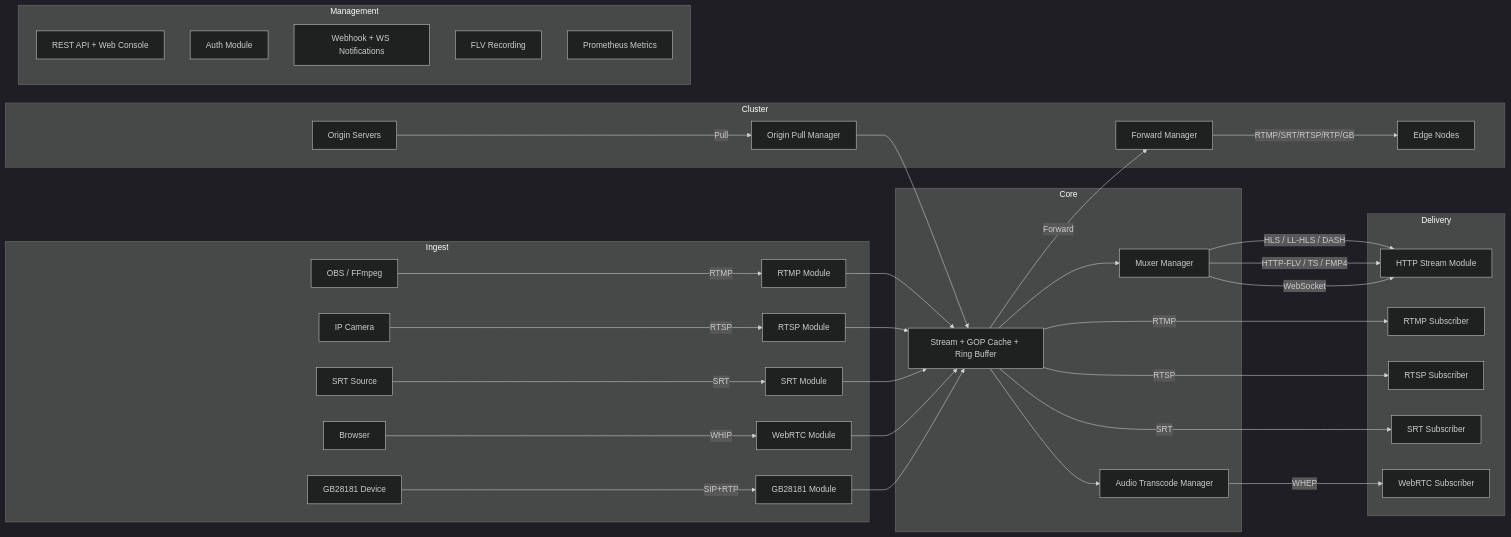
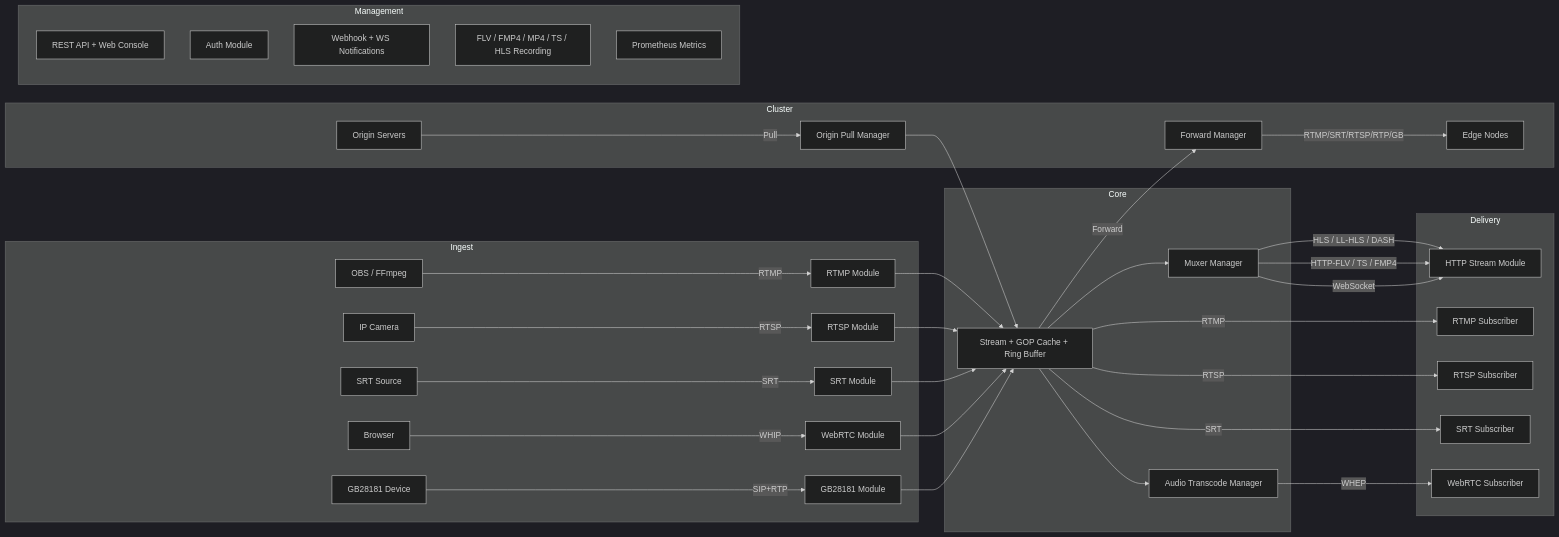
One commit to im-pingo/liveforge changed the diagram in README.md. Above: the diagram before and after it, drawn with Mermaid (dark theme). The commit also changed other lines of this file and 15 other files, not shown here.

````diff
--- a/README.md
+++ b/README.md
@@ -135,45 +135,45 @@
 ```mermaid
 graph LR
     subgraph Ingest
         OBS[OBS / FFmpeg] -->|RTMP| RTMP_MOD[RTMP Module]
         CAM[IP Camera] -->|RTSP| RTSP_MOD[RTSP Module]
         SRT_PUB[SRT Source] -->|SRT| SRT_MOD[SRT Module]
         BROWSER_PUB[Browser] -->|WHIP| WEBRTC_MOD[WebRTC Module]
         GB_DEV[GB28181 Device] -->|SIP+RTP| GB_MOD[GB28181 Module]
     end
 
     subgraph Core
         RTMP_MOD --> STREAM[Stream + GOP Cache + Ring Buffer]
         RTSP_MOD --> STREAM
         SRT_MOD --> STREAM
         WEBRTC_MOD --> STREAM
         GB_MOD --> STREAM
         STREAM --> TRANSCODE[Audio Transcode Manager]
         STREAM --> MUXER[Muxer Manager]
     end
 
     subgraph Delivery
         MUXER -->|HLS / LL-HLS / DASH| HTTP_MOD[HTTP Stream Module]
         MUXER -->|HTTP-FLV / TS / FMP4| HTTP_MOD
         MUXER -->|WebSocket| HTTP_MOD
         STREAM -->|RTMP| RTMP_SUB[RTMP Subscriber]
         STREAM -->|RTSP| RTSP_SUB[RTSP Subscriber]
         STREAM -->|SRT| SRT_SUB[SRT Subscriber]
         TRANSCODE -->|WHEP| WEBRTC_SUB[WebRTC Subscriber]
     end
 
     subgraph Cluster
         STREAM -->|Forward| FWD[Forward Manager]
         FWD -->|RTMP/SRT/RTSP/RTP/GB| EDGE[Edge Nodes]
         ORIGIN[Origin Servers] -->|Pull| OPL[Origin Pull Manager]
         OPL --> STREAM
     end
 
     subgraph Management
         API[REST API + Web Console]
         AUTH[Auth Module]
         NOTIFY[Webhook + WS Notifications]
-        RECORD[FLV Recording]
+        RECORD[FLV / FMP4 / MP4 / TS / HLS Recording]
         METRICS[Prometheus Metrics]
     end
 ```
````
